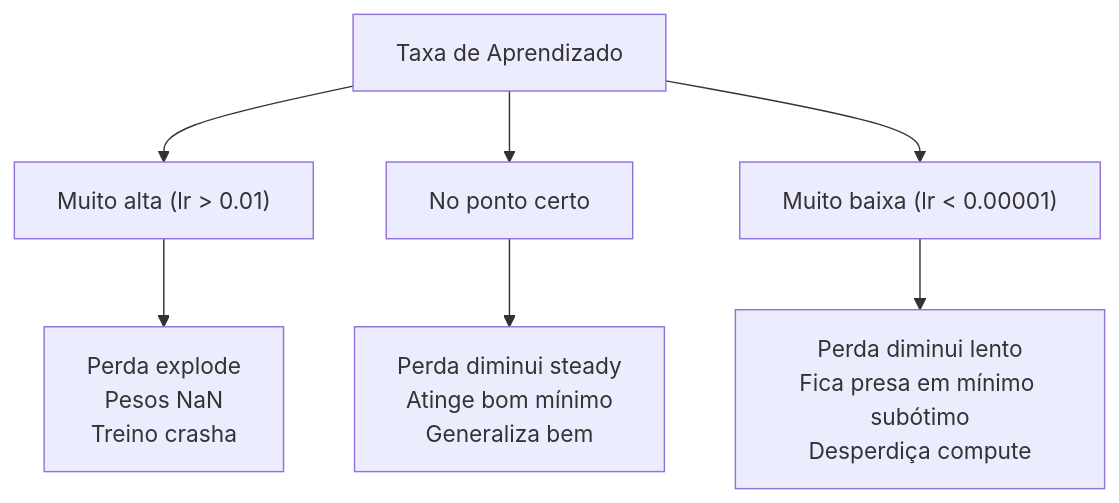
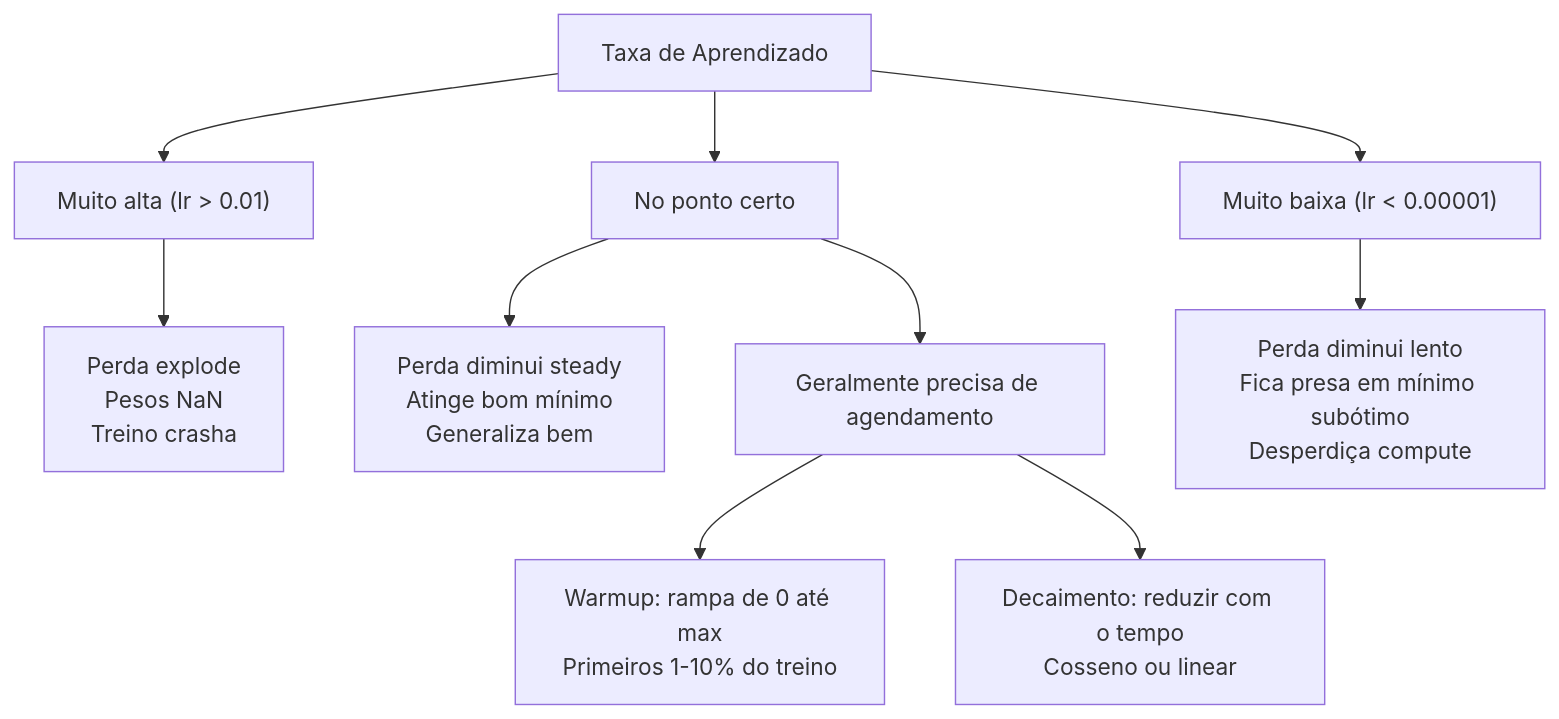
Before and after one commit to K3lvin-dev/ai-engineering-from-scratch: the first of 3 diagrams in phases/03-deep-learning-core/06-optimizers/docs/pt-br.md, drawn with Mermaid. The commit also changed other lines of this file and 11 other files, not shown here.

````diff
--- a/phases/03-deep-learning-core/06-optimizers/docs/pt-br.md
+++ b/phases/03-deep-learning-core/06-optimizers/docs/pt-br.md
@@ -109,10 +119,14 @@
 ```mermaid
 graph TD
     LR["Taxa de Aprendizado"] --> TooHigh["Muito alta (lr > 0.01)"]
     LR --> JustRight["No ponto certo"]
     LR --> TooLow["Muito baixa (lr < 0.00001)"]
 
     TooHigh --> Diverge["Perda explode<br/>Pesos NaN<br/>Treino crasha"]
     JustRight --> Converge["Perda diminui steady<br/>Atinge bom mínimo<br/>Generaliza bem"]
     TooLow --> Stall["Perda diminui lento<br/>Fica presa em mínimo subótimo<br/>Desperdiça compute"]
+
+    JustRight --> Schedule["Geralmente precisa de agendamento"]
+    Schedule --> Warmup["Warmup: rampa de 0 até max<br/>Primeiros 1-10% do treino"]
+    Schedule --> Decay["Decaimento: reduzir com o tempo<br/>Cosseno ou linear"]
 ```
````
